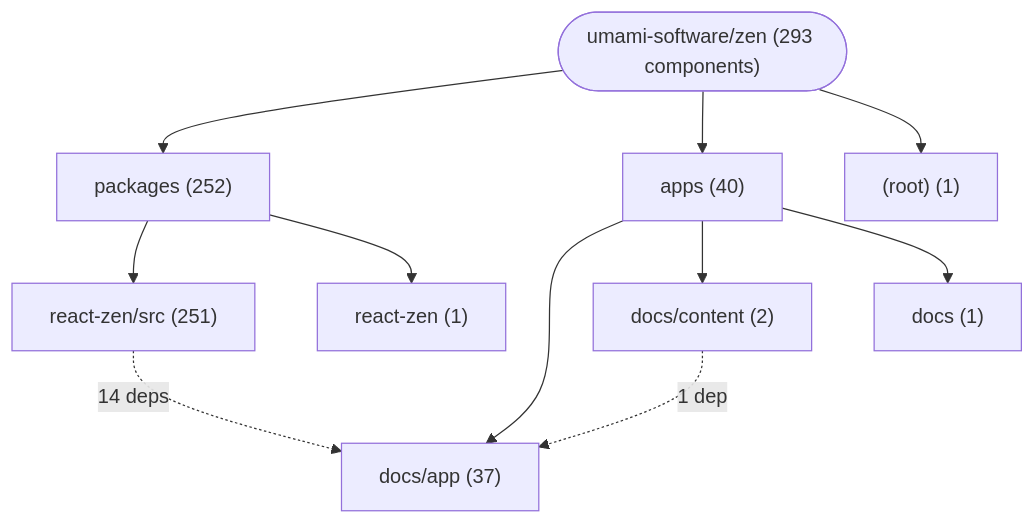
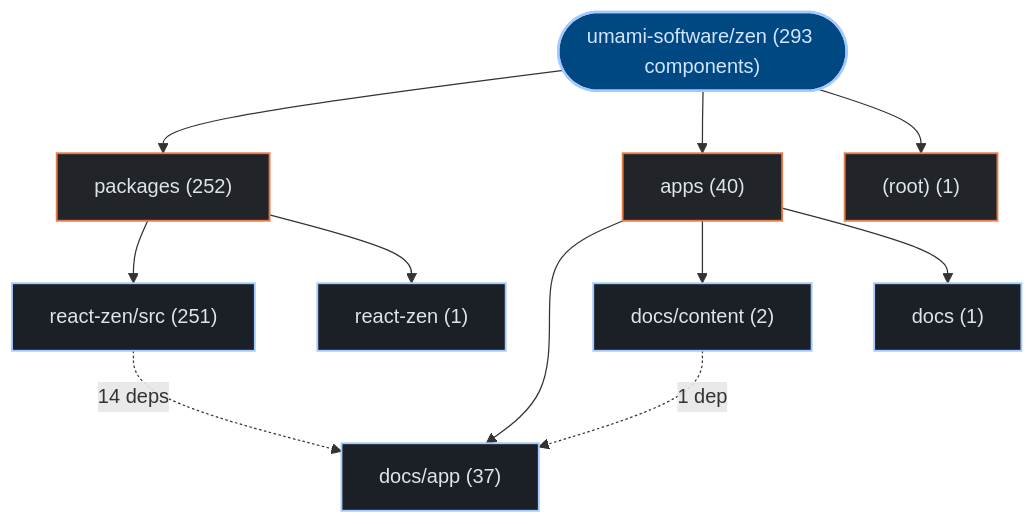
One commit to kumarshaz/atruss-code-atlas changed the first of 2 diagrams in exports/latest/reports/umami-software-zen-report.md. Above: the diagram before and after it, drawn with Mermaid. The commit also changed other lines of this file and 331 other files, not shown here.

Commit message:
docs,ui,fix: update SDLC docs, reorder CI/CD DAG first, stylize Mermaid, and fix Arc42 pipeline topology

````diff
--- a/exports/latest/reports/umami-software-zen-report.md
+++ b/exports/latest/reports/umami-software-zen-report.md
@@ -41,22 +41,29 @@
 ```mermaid
 graph TD;
-    repo_root(["umami-software/zen (293 components)"])
-    dir_0_packages["packages (252)"]
+  classDef atlasRoot fill:#004882,stroke:#a3c9ff,stroke-width:2px,color:#d3e4ff
+  classDef atlasCategory fill:#212428,stroke:#E87A48,stroke-width:1.5px,color:#dfe3eb
+  classDef atlasWorkflow fill:#1b2026,stroke:#a3c9ff,stroke-width:1.5px,color:#dfe3eb
+  classDef atlasJob fill:#171c22,stroke:#8d9199,stroke-width:1px,color:#dfe3eb
+  classDef atlasTarget fill:#005227,stroke:#8bd99b,stroke-width:1.5px,color:#a7f6b6
+  classDef atlasAlert fill:#93000a,stroke:#ffb4ab,stroke-width:1.5px,color:#ffdad6
+  classDef atlasMore fill:#252a31,stroke:#8d9199,stroke-dasharray:4 4,color:#c3c6cf
+    repo_root(["umami-software/zen (293 components)"]):::atlasRoot
+    dir_0_packages["packages (252)"]:::atlasCategory
     repo_root --> dir_0_packages
-    sub_0_0_react_zen_src["react-zen/src (251)"]
+    sub_0_0_react_zen_src["react-zen/src (251)"]:::atlasWorkflow
     dir_0_packages --> sub_0_0_react_zen_src
-    sub_0_1_react_zen["react-zen (1)"]
+    sub_0_1_react_zen["react-zen (1)"]:::atlasWorkflow
     dir_0_packages --> sub_0_1_react_zen
-    dir_1_apps["apps (40)"]
+    dir_1_apps["apps (40)"]:::atlasCategory
     repo_root --> dir_1_apps
-    sub_1_0_docs_app["docs/app (37)"]
+    sub_1_0_docs_app["docs/app (37)"]:::atlasWorkflow
     dir_1_apps --> sub_1_0_docs_app
-    sub_1_1_docs_content["docs/content (2)"]
+    sub_1_1_docs_content["docs/content (2)"]:::atlasWorkflow
     dir_1_apps --> sub_1_1_docs_content
-    sub_1_2_docs["docs (1)"]
+    sub_1_2_docs["docs (1)"]:::atlasWorkflow
     dir_1_apps --> sub_1_2_docs
-    dir_2__root_["(root) (1)"]
+    dir_2__root_["(root) (1)"]:::atlasCategory
     repo_root --> dir_2__root_
     sub_0_0_react_zen_src -.->|"14 deps"| sub_1_0_docs_app
     sub_1_1_docs_content -.->|"1 dep"| sub_1_0_docs_app
 ```
````
